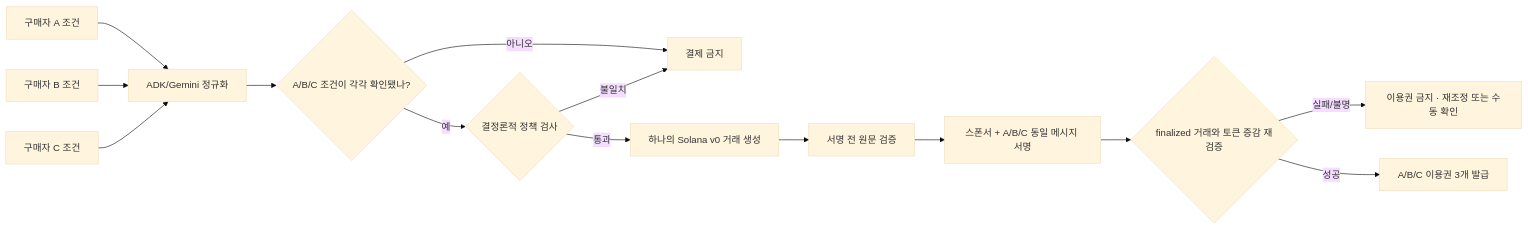
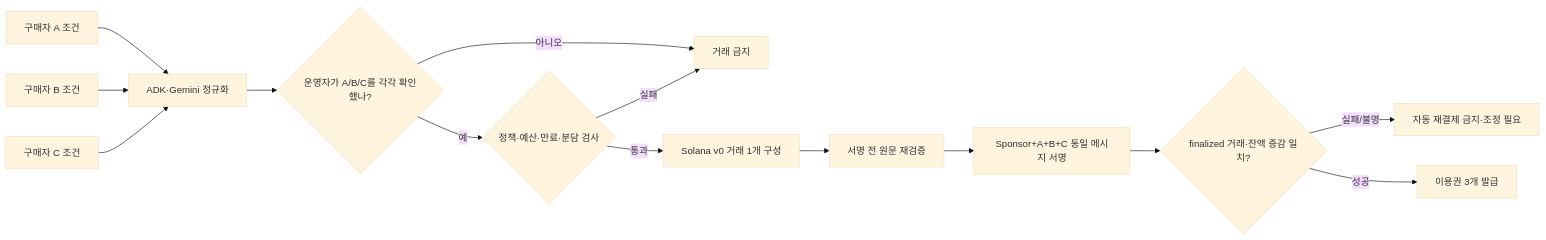
One commit to procloudkim/2026-Solana-Google changed the diagram in product/mandate-pool/README.md. Above: the diagram before and after it, drawn with Mermaid (base theme). The commit also changed other lines of this file and 75 other files, not shown here.

````diff
--- a/product/mandate-pool/README.md
+++ b/product/mandate-pool/README.md
@@ -13,16 +64,16 @@
 ```mermaid
 flowchart LR
-    A[구매자 A 조건] --> N[ADK/Gemini 정규화]
+    A[구매자 A 조건] --> N[ADK·Gemini 정규화]
     B[구매자 B 조건] --> N
     C[구매자 C 조건] --> N
-    N --> H{A/B/C 조건이 각각 확인됐나?}
-    H -- 아니오 --> X[결제 금지]
-    H -- 예 --> P{결정론적 정책 검사}
-    P -- 불일치 --> X
-    P -- 통과 --> T[하나의 Solana v0 거래 생성]
-    T --> V[서명 전 원문 검증]
-    V --> S[스폰서 + A/B/C 동일 메시지 서명]
-    S --> F{finalized 거래와 토큰 증감 재검증}
-    F -- 실패/불명 --> R[이용권 금지 · 재조정 또는 수동 확인]
-    F -- 성공 --> E[A/B/C 이용권 3개 발급]
+    N --> H{운영자가 A/B/C를 각각 확인했나?}
+    H -- 아니오 --> X[거래 금지]
+    H -- 예 --> P{정책·예산·만료·분담 검사}
+    P -- 실패 --> X
+    P -- 통과 --> T[Solana v0 거래 1개 구성]
+    T --> V[서명 전 원문 재검증]
+    V --> S[Sponsor+A+B+C 동일 메시지 서명]
+    S --> F{finalized 거래·잔액 증감 일치?}
+    F -- 실패/불명 --> R[자동 재결제 금지·조정 필요]
+    F -- 성공 --> E[이용권 3개 발급]
 ```
````
